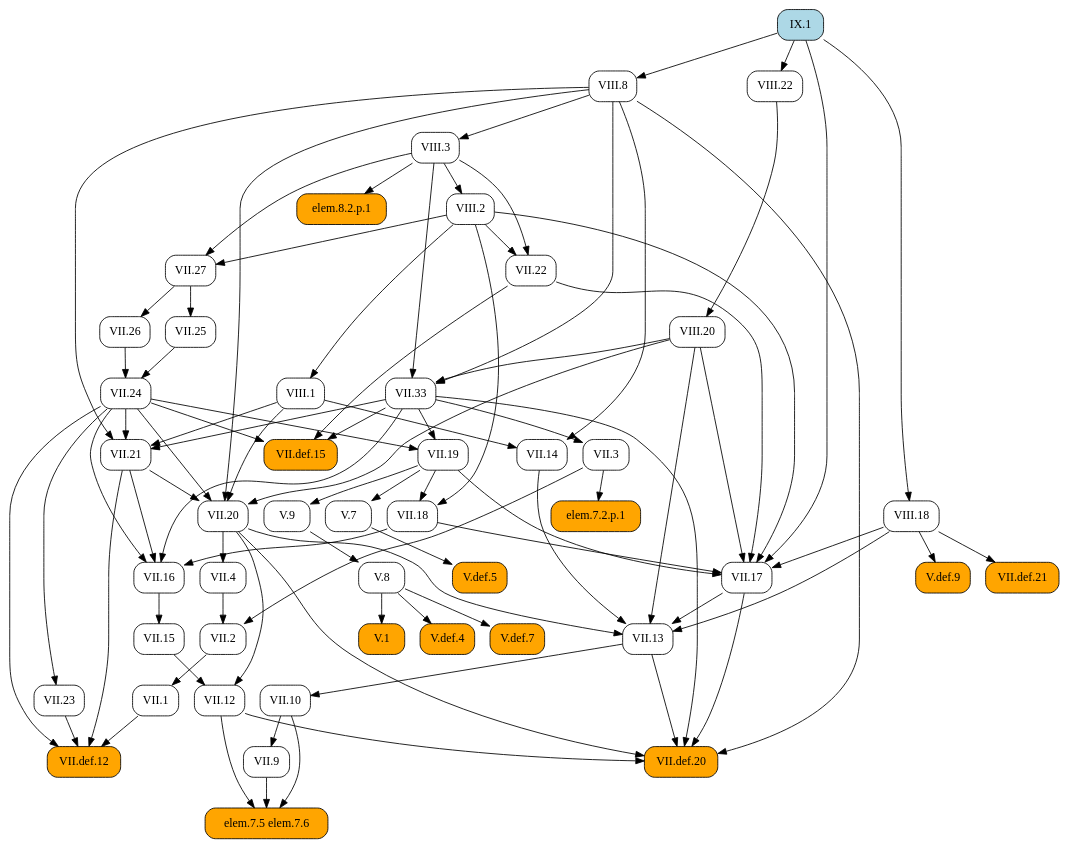
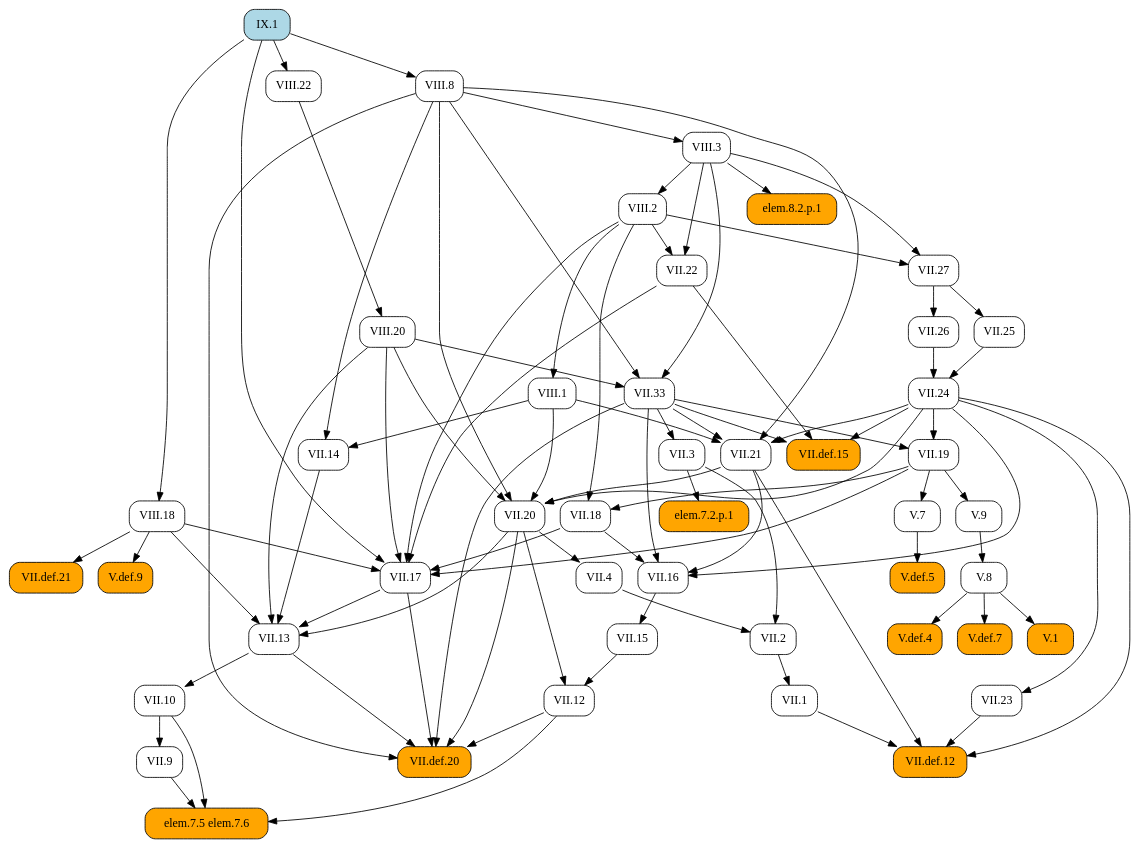
Before and after one commit to geometor/elements: the diagram in docsrc/heath/IX/1/index.rst, drawn with Graphviz. The commit also changed other lines of this file and 1029 other files, not shown here.

```diff
--- a/docsrc/heath/IX/1/index.rst
+++ b/docsrc/heath/IX/1/index.rst
@@ -38,131 +38,54 @@
    digraph {
      rankdir="TB";
      node [shape=box, style=rounded];
-     "V.1" [style="rounded,filled", fillcolor=orange, URL="/heath/V/1/", target="_top"];
-     "VII.12" [URL="/heath/VII/12/", target="_top"];
-     "VII.14" [URL="/heath/VII/14/", target="_top"];
-     "VII.13" [URL="/heath/VII/13/", target="_top"];
-     "VII.16" [URL="/heath/VII/16/", target="_top"];
-     "V.def.4" [style="rounded,filled", fillcolor=orange, URL="/heath/V/def.4/", target="_top"];
-     "VII.def.15" [style="rounded,filled", fillcolor=orange, URL="/heath/VII/def.15/", target="_top"];
-     "VII.18" [URL="/heath/VII/18/", target="_top"];
-     "V.8" [URL="/heath/V/8/", target="_top"];
-     "IX.1" [style="rounded,filled", fillcolor=lightblue, URL="/heath/IX/1/", target="_top"];
-     "VII.21" [URL="/heath/VII/21/", target="_top"];
-     "VIII.20" [URL="/heath/VIII/20/", target="_top"];
-     "V.7" [URL="/heath/V/7/", target="_top"];
-     "VII.def.12" [style="rounded,filled", fillcolor=orange, URL="/heath/VII/def.12/", target="_top"];
-     "VII.15" [URL="/heath/VII/15/", target="_top"];
-     "VIII.18" [URL="/heath/VIII/18/", target="_top"];
-     "VII.2" [URL="/heath/VII/2/", target="_top"];
-     "VII.def.20" [style="rounded,filled", fillcolor=orange, URL="/heath/VII/def.20/", target="_top"];
+     "VII.1" [URL="/heath/VII/1/", target="_top"];
+     "VII.9" [URL="/heath/VII/9/", target="_top"];
+     "V.def.5" [style="rounded,filled", fillcolor=orange, URL="/heath/V/def.5/", target="_top"];
+     "VII.17" [URL="/heath/VII/17/", target="_top"];
      "VII.3" [URL="/heath/VII/3/", target="_top"];
      "elem.7.5 elem.7.6" [style="rounded,filled", fillcolor=orange];
+     "VII.def.21" [style="rounded,filled", fillcolor=orange, URL="/heath/VII/def.21/", target="_top"];
+     "V.7" [URL="/heath/V/7/", target="_top"];
+     "V.9" [URL="/heath/V/9/", target="_top"];
+     "VII.13" [URL="/heath/VII/13/", target="_top"];
+     "VII.2" [URL="/heath/VII/2/", target="_top"];
+     "VIII.1" [URL="/heath/VIII/1/", target="_top"];
+     "VIII.2" [URL="/heath/VIII/2/", target="_top"];
+     "IX.1" [style="rounded,filled", fillcolor=lightblue, URL="/heath/IX/1/", target="_top"];
+     "VII.12" [URL="/heath/VII/12/", target="_top"];
+     "VII.24" [URL="/heath/VII/24/", target="_top"];
+     "VII.def.12" [style="rounded,filled", fillcolor=orange, URL="/heath/VII/def.12/", target="_top"];
+     "V.8" [URL="/heath/V/8/", target="_top"];
+     "VII.33" [URL="/heath/VII/33/", target="_top"];
+     "VIII.22" [URL="/heath/VIII/22/", target="_top"];
+     "V.def.9" [style="rounded,filled", fillcolor=orange, URL="/heath/V/def.9/", target="_top"];
+     "VIII.18" [URL="/heath/VIII/18/", target="_top"];
+     "VII.10" [URL="/heath/VII/10/", target="_top"];
+     "elem.7.2.p.1" [style="rounded,filled", fillcolor=orange];
+     "VII.def.15" [style="rounded,filled", fillcolor=orange, URL="/heath/VII/def.15/", target="_top"];
+     "VII.19" [URL="/heath/VII/19/", target="_top"];
+     "VII.18" [URL="/heath/VII/18/", target="_top"];
+     "VII.16" [URL="/heath/VII/16/", target="_top"];
+     "VII.26" [URL="/heath/VII/26/", target="_top"];
+     "VII.4" [URL="/heath/VII/4/", target="_top"];
+     "VII.25" [URL="/heath/VII/25/", target="_top"];
+     "VII.21" [URL="/heath/VII/21/", target="_top"];
+     "V.1" [style="rounded,filled", fillcolor=orange, URL="/heath/V/1/", target="_top"];
+     "VII.20" [URL="/heath/VII/20/", target="_top"];
+     "VIII.8" [URL="/heath/VIII/8/", target="_top"];
+     "VII.14" [URL="/heath/VII/14/", target="_top"];
+     "VII.27" [URL="/heath/VII/27/", target="_top"];
+     "VIII.3" [URL="/heath/VIII/3/", target="_top"];
+     "V.def.4" [style="rounded,filled", fillcolor=orange, URL="/heath/V/def.4/", target="_top"];
+     "VII.22" [URL="/heath/VII/22/", target="_top"];
+     "VIII.20" [URL="/heath/VIII/20/", target="_top"];
+     "V.def.7" [style="rounded,filled", fillcolor=orange, URL="/heath/V/def.7/", target="_top"];
+     "VII.23" [URL="/heath/VII/23/", target="_top"];
+     "VII.15" [URL="/heath/VII/15/", target="_top"];
+     "VII.def.20" [style="rounded,filled", fillcolor=orange, URL="/heath/VII/def.20/", target="_top"];
      "elem.8.2.p.1" [style="rounded,filled", fillcolor=orange];
-     "VII.10" [URL="/heath/VII/10/", target="_top"];
-     "V.def.7" [style="rounded,filled", fillcolor=orange, URL="/heath/V/def.7/", target="_top"];
-     "V.def.9" [style="rounded,filled", fillcolor=orange, URL="/heath/V/def.9/", target="_top"];
-     "VII.20" [URL="/heath/VII/20/", target="_top"];
-     "VII.9" [URL="/heath/VII/9/", target="_top"];
-     "VIII.1" [URL="/heath/VIII/1/", target="_top"];
-     "VII.25" [URL="/heath/VII/25/", target="_top"];
-     "VII.23" [URL="/heath/VII/23/", target="_top"];
-     "VIII.8" [URL="/heath/VIII/8/", target="_top"];
-     "VII.27" [URL="/heath/VII/27/", target="_top"];
-     "VIII.2" [URL="/heath/VIII/2/", target="_top"];
-     "VII.24" [URL="/heath/VII/24/", target="_top"];
-     "VIII.3" [URL="/heath/VIII/3/", target="_top"];
-     "VII.19" [URL="/heath/VII/19/", target="_top"];
-     "VII.4" [URL="/heath/VII/4/", target="_top"];
-     "elem.7.2.p.1" [style="rounded,filled", fillcolor=orange];
-     "V.9" [URL="/heath/V/9/", target="_top"];
-     "VII.26" [URL="/heath/VII/26/", target="_top"];
-     "VIII.22" [URL="/heath/VIII/22/", target="_top"];
-     "VII.1" [URL="/heath/VII/1/", target="_top"];
-     "VII.22" [URL="/heath/VII/22/", target="_top"];
-     "VII.33" [URL="/heath/VII/33/", target="_top"];
-     "VII.def.21" [style="rounded,filled", fillcolor=orange, URL="/heath/VII/def.21/", target="_top"];
-     "V.def.5" [style="rounded,filled", fillcolor=orange, URL="/heath/V/def.5/", target="_top"];
-     "VII.17" [URL="/heath/VII/17/", target="_top"];
-     "V.8" -> "V.1";
-     "VII.15" -> "VII.12";
-     "VII.20" -> "VII.12";
-     "VIII.1" -> "VII.14";
-     "VIII.8" -> "VII.14";
-     "VII.14" -> "VII.13";
-     "VII.17" -> "VII.13";
-     "VII.20" -> "VII.13";
-     "VIII.18" -> "VII.13";
-     "VIII.20" -> "VII.13";
-     "VII.18" -> "VII.16";
-     "VII.21" -> "VII.16";
-     "VII.24" -> "VII.16";
-     "VII.33" -> "VII.16";
-     "V.8" -> "V.def.4";
-     "VII.22" -> "VII.def.15";
-     "VII.24" -> "VII.def.15";
-     "VII.33" -> "VII.def.15";
-     "VII.19" -> "VII.18";
-     "VIII.2" -> "VII.18";
-     "V.9" -> "V.8";
-     "VII.24" -> "VII.21";
-     "VII.33" -> "VII.21";
-     "VIII.1" -> "VII.21";
-     "VIII.8" -> "VII.21";
-     "VIII.22" -> "VIII.20";
-     "VII.19" -> "V.7";
-     "VII.1" -> "VII.def.12";
-     "VII.21" -> "VII.def.12";
-     "VII.23" -> "VII.def.12";
-     "VII.24" -> "VII.def.12";
-     "VII.16" -> "VII.15";
-     "IX.1" -> "VIII.18";
-     "VII.3" -> "VII.2";
-     "VII.4" -> "VII.2";
-     "VII.12" -> "VII.def.20";
-     "VII.13" -> "VII.def.20";
-     "VII.17" -> "VII.def.20";
-     "VII.20" -> "VII.def.20";
-     "VII.33" -> "VII.def.20";
-     "VIII.8" -> "VII.def.20";
-     "VII.33" -> "VII.3";
-     "VII.9" -> "elem.7.5 elem.7.6";
-     "VII.10" -> "elem.7.5 elem.7.6";
-     "VII.12" -> "elem.7.5 elem.7.6";
-     "VIII.3" -> "elem.8.2.p.1";
-     "VII.13" -> "VII.10";
-     "V.8" -> "V.def.7";
-     "VIII.18" -> "V.def.9";
-     "VII.21" -> "VII.20";
-     "VII.24" -> "VII.20";
-     "VIII.1" -> "VII.20";
-     "VIII.8" -> "VII.20";
-     "VIII.20" -> "VII.20";
+     "VII.2" -> "VII.1";
      "VII.10" -> "VII.9";
-     "VIII.2" -> "VIII.1";
-     "VII.27" -> "VII.25";
-     "VII.24" -> "VII.23";
-     "IX.1" -> "VIII.8";
-     "VIII.2" -> "VII.27";
-     "VIII.3" -> "VII.27";
-     "VIII.3" -> "VIII.2";
-     "VII.25" -> "VII.24";
-     "VII.26" -> "VII.24";
-     "VIII.8" -> "VIII.3";
-     "VII.24" -> "VII.19";
-     "VII.33" -> "VII.19";
-     "VII.20" -> "VII.4";
-     "VII.3" -> "elem.7.2.p.1";
-     "VII.19" -> "V.9";
-     "VII.27" -> "VII.26";
-     "IX.1" -> "VIII.22";
-     "VII.2" -> "VII.1";
-     "VIII.2" -> "VII.22";
-     "VIII.3" -> "VII.22";
-     "VIII.3" -> "VII.33";
-     "VIII.8" -> "VII.33";
-     "VIII.20" -> "VII.33";
-     "VIII.18" -> "VII.def.21";
      "V.7" -> "V.def.5";
      "VII.18" -> "VII.17";
      "VII.19" -> "VII.17";
@@ -171,4 +94,81 @@
      "VIII.18" -> "VII.17";
      "VIII.20" -> "VII.17";
      "IX.1" -> "VII.17";
+     "VII.33" -> "VII.3";
+     "VII.9" -> "elem.7.5 elem.7.6";
+     "VII.10" -> "elem.7.5 elem.7.6";
+     "VII.12" -> "elem.7.5 elem.7.6";
+     "VIII.18" -> "VII.def.21";
+     "VII.19" -> "V.7";
+     "VII.19" -> "V.9";
+     "VII.14" -> "VII.13";
+     "VII.17" -> "VII.13";
+     "VII.20" -> "VII.13";
+     "VIII.18" -> "VII.13";
+     "VIII.20" -> "VII.13";
+     "VII.3" -> "VII.2";
+     "VII.4" -> "VII.2";
+     "VIII.2" -> "VIII.1";
+     "VIII.3" -> "VIII.2";
+     "VII.15" -> "VII.12";
+     "VII.20" -> "VII.12";
+     "VII.25" -> "VII.24";
+     "VII.26" -> "VII.24";
+     "VII.1" -> "VII.def.12";
+     "VII.21" -> "VII.def.12";
+     "VII.23" -> "VII.def.12";
+     "VII.24" -> "VII.def.12";
+     "V.9" -> "V.8";
+     "VIII.3" -> "VII.33";
+     "VIII.8" -> "VII.33";
+     "VIII.20" -> "VII.33";
+     "IX.1" -> "VIII.22";
+     "VIII.18" -> "V.def.9";
+     "IX.1" -> "VIII.18";
+     "VII.13" -> "VII.10";
+     "VII.3" -> "elem.7.2.p.1";
+     "VII.22" -> "VII.def.15";
+     "VII.24" -> "VII.def.15";
+     "VII.33" -> "VII.def.15";
+     "VII.24" -> "VII.19";
+     "VII.33" -> "VII.19";
+     "VII.19" -> "VII.18";
+     "VIII.2" -> "VII.18";
+     "VII.18" -> "VII.16";
+     "VII.21" -> "VII.16";
+     "VII.24" -> "VII.16";
+     "VII.33" -> "VII.16";
+     "VII.27" -> "VII.26";
+     "VII.20" -> "VII.4";
+     "VII.27" -> "VII.25";
+     "VII.24" -> "VII.21";
+     "VII.33" -> "VII.21";
+     "VIII.1" -> "VII.21";
+     "VIII.8" -> "VII.21";
+     "V.8" -> "V.1";
+     "VII.21" -> "VII.20";
+     "VII.24" -> "VII.20";
+     "VIII.1" -> "VII.20";
+     "VIII.8" -> "VII.20";
+     "VIII.20" -> "VII.20";
+     "IX.1" -> "VIII.8";
+     "VIII.1" -> "VII.14";
+     "VIII.8" -> "VII.14";
+     "VIII.2" -> "VII.27";
+     "VIII.3" -> "VII.27";
+     "VIII.8" -> "VIII.3";
+     "V.8" -> "V.def.4";
+     "VIII.2" -> "VII.22";
+     "VIII.3" -> "VII.22";
+     "VIII.22" -> "VIII.20";
+     "V.8" -> "V.def.7";
+     "VII.24" -> "VII.23";
+     "VII.16" -> "VII.15";
+     "VII.12" -> "VII.def.20";
+     "VII.13" -> "VII.def.20";
+     "VII.17" -> "VII.def.20";
+     "VII.20" -> "VII.def.20";
+     "VII.33" -> "VII.def.20";
+     "VIII.8" -> "VII.def.20";
+     "VIII.3" -> "elem.8.2.p.1";
    }
```
